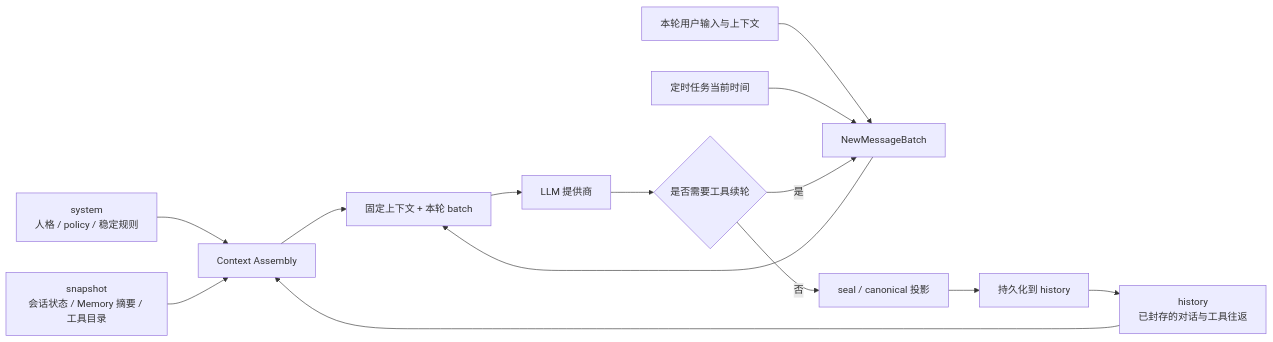
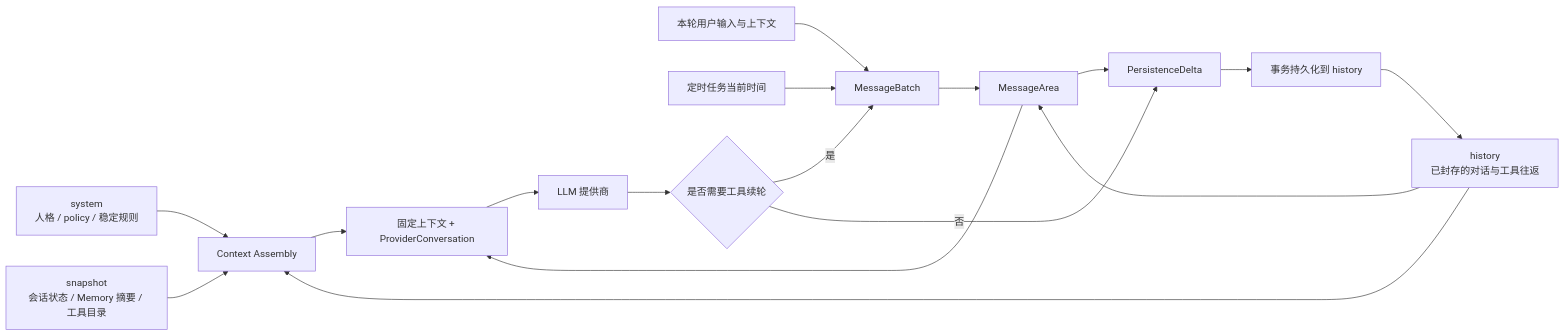
One commit to Coffeiz/Gugu-web changed the second of 2 diagrams in README.md. Above: the diagram before and after it, drawn with Mermaid. The commit also changed other lines of this file and 684 other files, not shown here.

````diff
--- a/README.md
+++ b/README.md
@@ -347,16 +345,19 @@
 ```mermaid
 flowchart LR
     S[system<br/>人格 / policy / 稳定规则] --> C[Context Assembly]
     P[snapshot<br/>会话状态 / Memory 摘要 / 工具目录] --> C
     H[history<br/>已封存的对话与工具往返] --> C
-    I[本轮用户输入与上下文] --> B[NewMessageBatch]
-    C --> R[固定上下文 + 本轮 batch]
-    B --> R
+    I[本轮用户输入与上下文] --> B[MessageBatch]
+    H --> A[MessageArea]
+    B --> A
+    C --> R[固定上下文 + ProviderConversation]
+    A --> R
     R --> L[LLM 提供商]
     T[定时任务当前时间] --> B
     L --> Q{是否需要工具续轮}
     Q -- 是 --> B
-    Q -- 否 --> K[seal / canonical 投影]
-    K --> H2[持久化到 history]
+    Q -- 否 --> D[PersistenceDelta]
+    A --> D
+    D --> H2[事务持久化到 history]
     H2 --> H
 ```
````
